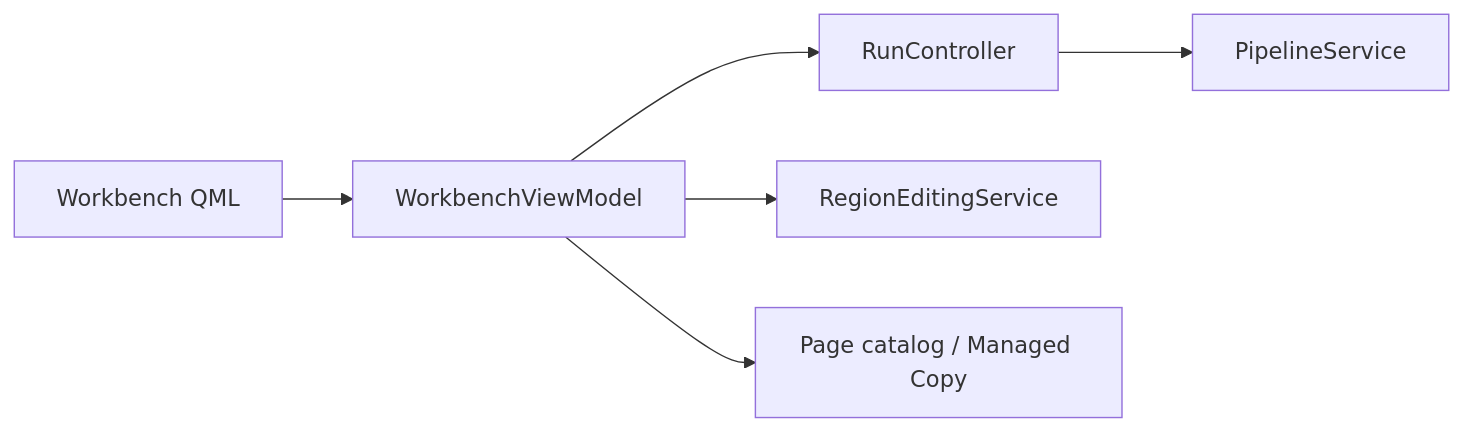
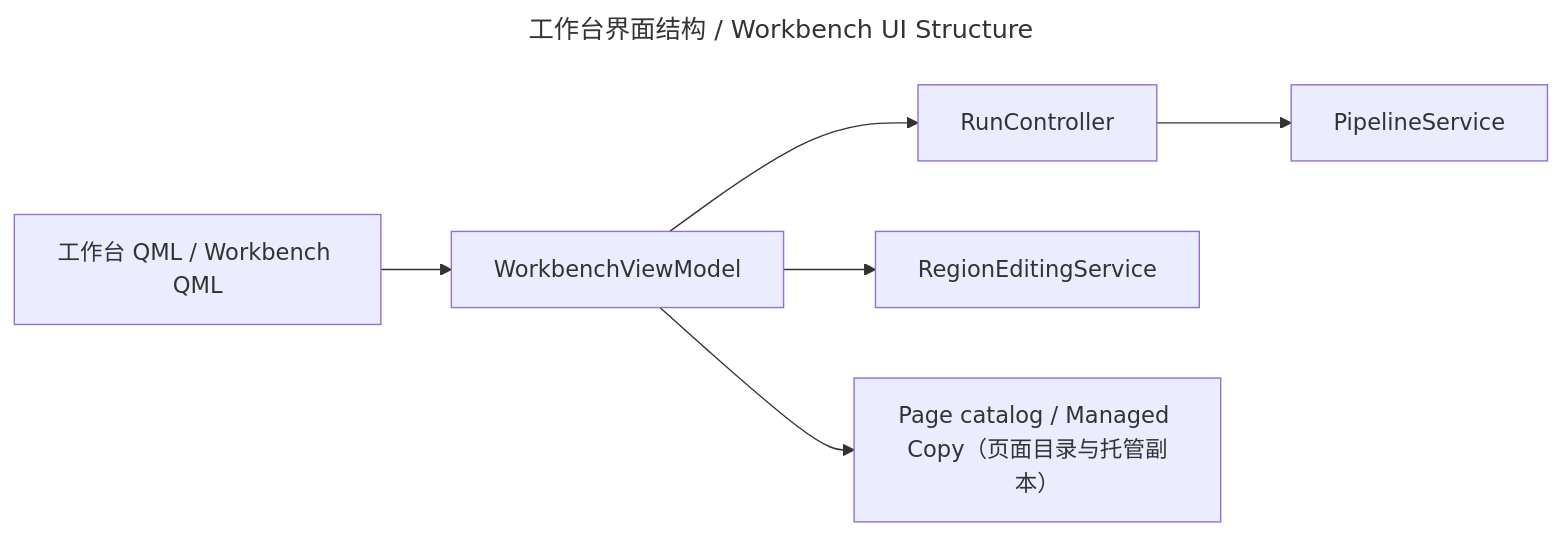
The diagram in wiki/codewiki/workbench_ui.md (peakwheat-pixel/New-Manga), drawn with Mermaid before and after one commit. The commit also changed 16 other files, not shown here.

Commit message:
docs: apply bilingual diagram policy to CodeWiki diagrams

````diff
--- a/wiki/codewiki/workbench_ui.md
+++ b/wiki/codewiki/workbench_ui.md
@@ -35,8 +35,11 @@
 ```mermaid
+---
+title: 工作台界面结构 / Workbench UI Structure
+---
 flowchart LR
-    QML["Workbench QML"] --> VM["WorkbenchViewModel"]
+    QML["工作台 QML / Workbench QML"] --> VM["WorkbenchViewModel"]
     VM --> RUN["RunController"]
     RUN --> PIPE["PipelineService"]
     VM --> REGION["RegionEditingService"]
-    VM --> CATALOG["Page catalog / Managed Copy"]
+    VM --> CATALOG["Page catalog / Managed Copy（页面目录与托管副本）"]
 ```
````
